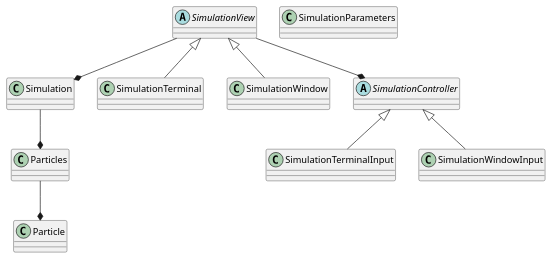
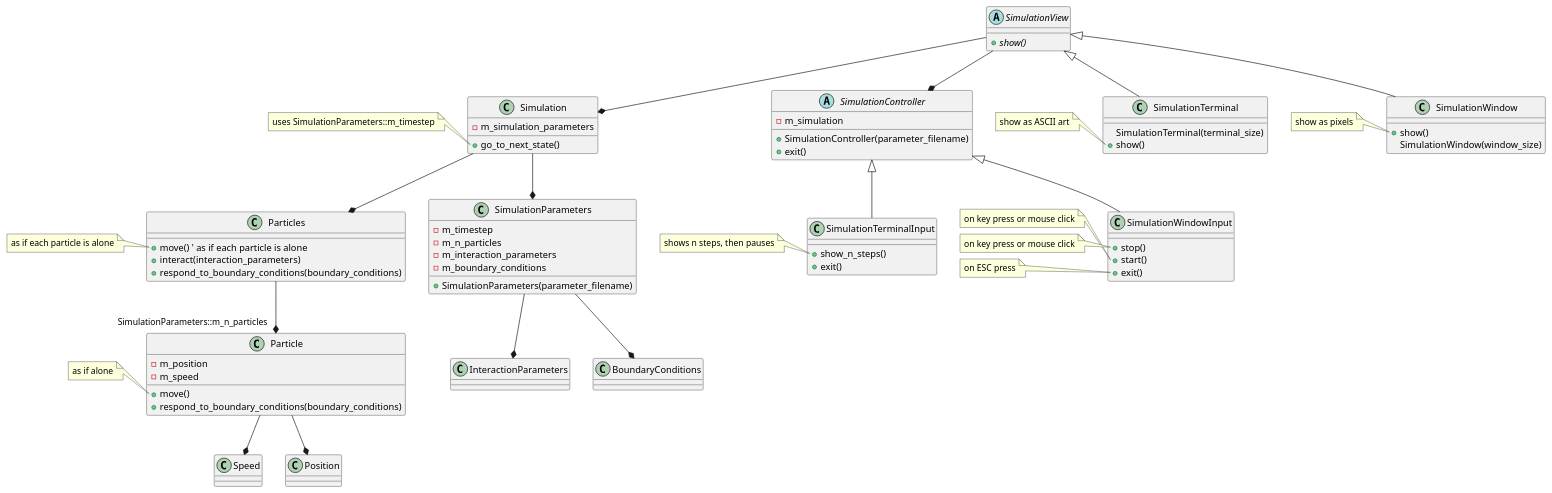
One commit to programming-formalisms/programming_formalisms_example_project changed the diagram in class_diagram_richel.pu. Above: the diagram before and after it, drawn with PlantUML.

Commit message:
Nice PlantUML by Richel

```diff
--- a/class_diagram_richel.pu
+++ b/class_diagram_richel.pu
@@ -1,39 +1,138 @@
+@startuml
 
 class Simulation
 
 abstract class SimulationView
 class SimulationTerminal
 class SimulationWindow
 
 abstract class SimulationController
 class SimulationTerminalInput
 class SimulationWindowInput
 
 class SimulationParameters
 class Particles
 class Particle
-
-class Simulation {
-
-}
-
-class Particles {
-
-}
-
-class Particle {
-
-}
+class Speed
+class Position
 
 SimulationView --* Simulation
 SimulationView --* SimulationController
 
+Simulation --* SimulationParameters
+SimulationParameters --* InteractionParameters
+SimulationParameters --* BoundaryConditions
+
 Simulation --* Particles
-Particles --* Particle
+Particles --* "SimulationParameters::m_n_particles" Particle
+
+Particle --* Speed
+Particle --* Position
 
 
 SimulationView <|-- SimulationTerminal
 SimulationView <|-- SimulationWindow
 
 SimulationController <|-- SimulationTerminalInput
 SimulationController <|-- SimulationWindowInput
+
+class SimulationParameters {
+  + SimulationParameters(parameter_filename)
+  - m_timestep
+  - m_n_particles
+  - m_interaction_parameters
+  - m_boundary_conditions
+}
+
+class Simulation {
+  + go_to_next_state()
+  - m_simulation_parameters
+}
+
+note left of Simulation::go_to_next_state
+  uses SimulationParameters::m_timestep
+end note
+
+
+class Particles {
+  + move() ' as if each particle is alone
+  + interact(interaction_parameters)
+  + respond_to_boundary_conditions(boundary_conditions)
+}
+
+note left of Particles::move
+  as if each particle is alone
+end note
+
+class Particle {
+  + move()
+  + respond_to_boundary_conditions(boundary_conditions)
+
+  - m_position
+  - m_speed
+}
+
+note left of Particle::move
+  as if alone
+end note
+
+
+abstract class SimulationView {
+  + {abstract} show()
+}
+
+class SimulationTerminal {
+  SimulationTerminal(terminal_size)
+  + show()
+}
+note left of SimulationTerminal::show
+  show as ASCII art
+end note
+
+class SimulationWindow {
+  + show()
+  SimulationWindow(window_size)
+}
+
+note left of SimulationWindow::show
+  show as pixels
+end note
+
+
+abstract class SimulationController {
+  + SimulationController(parameter_filename)
+  + exit()
+  - m_simulation
+}
+
+class SimulationTerminalInput {
+  + show_n_steps()
+  + exit()
+}
+
+note left of SimulationTerminalInput::show_n_steps
+  shows n steps, then pauses
+end note
+
+
+class SimulationWindowInput {
+  + stop()
+  + start()
+  + exit()
+}
+
+note left of SimulationWindowInput::start
+  on key press or mouse click
+end note
+
+note left of SimulationWindowInput::stop
+  on key press or mouse click
+end note
+
+note left of SimulationWindowInput::exit
+  on ESC press
+end note
+
+
+
+@enduml
```
